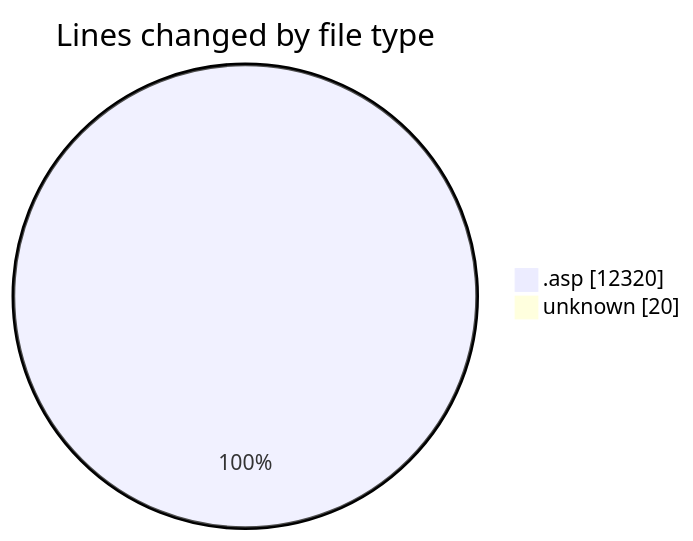
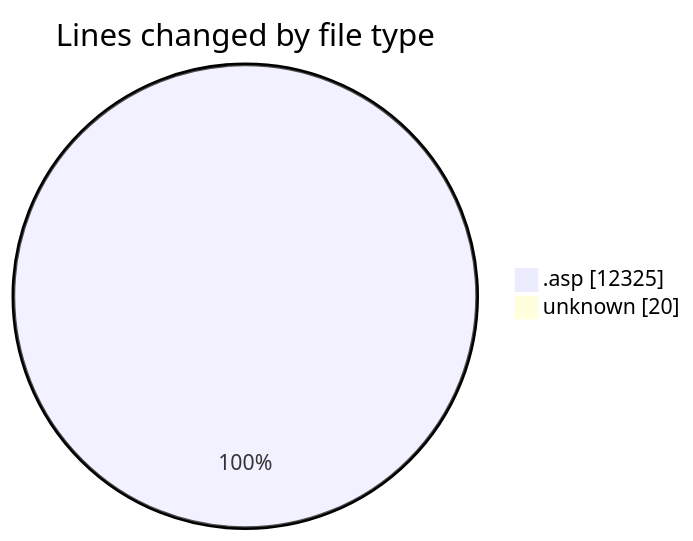
Before and after one commit to julien-gomy/code-tracking: the first of 2 diagrams in 2025-10-27/cdp_aleoudev_fr__workspace_/README.md, drawn with Mermaid. The commit also changed other lines of this file and 1 other file, not shown here.

````diff
--- a/2025-10-27/cdp_aleoudev_fr__workspace_/README.md
+++ b/2025-10-27/cdp_aleoudev_fr__workspace_/README.md
@@ -32,6 +32,6 @@
 ```mermaid
 pie showData
 title Lines changed by file type
-".asp" : 12320
+".asp" : 12325
 "unknown" : 20
 ```
````
